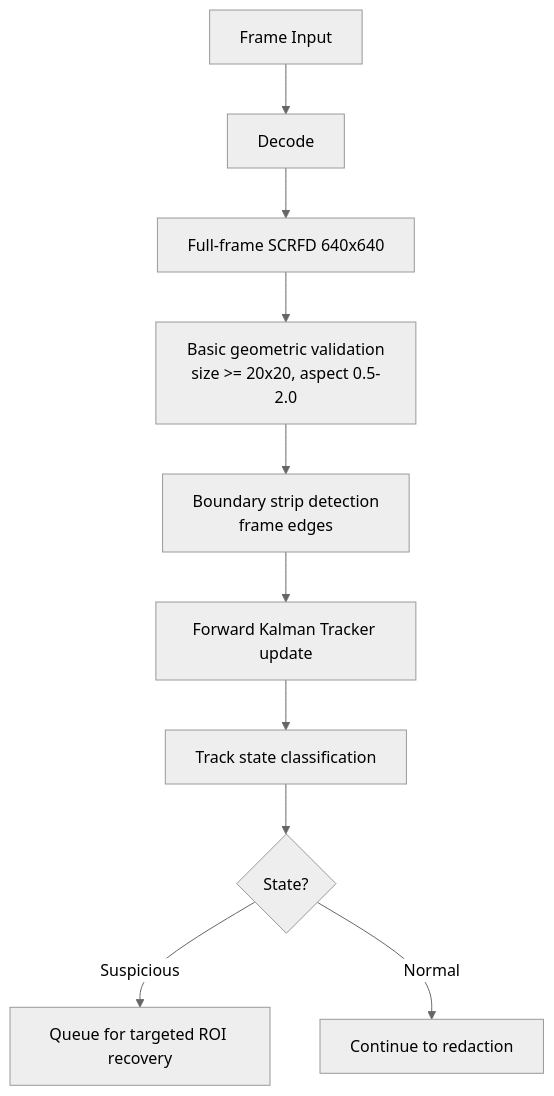
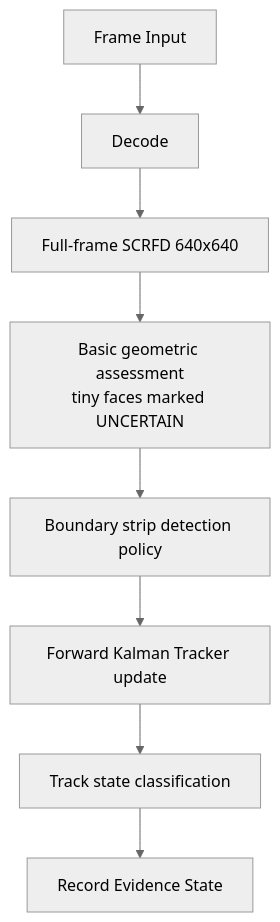
The second of 10 diagrams in docs/architecture-diagrams.md (aditya-21a/pixelVeil), drawn with Mermaid (neutral theme) before and after one commit. The commit also changed other lines of this file and 5 other files, not shown here.

First line of the commit message:
docs: revise architecture based on hostile review

````diff
--- a/docs/architecture-diagrams.md
+++ b/docs/architecture-diagrams.md
@@ -41,12 +43,10 @@
 ```mermaid
 graph TD
     A[Frame Input] --> B[Decode]
     B --> C[Full-frame SCRFD 640x640]
-    C --> D[Basic geometric validation<br>size >= 20x20, aspect 0.5-2.0]
-    D --> E[Boundary strip detection<br>frame edges]
+    C --> D[Basic geometric assessment<br>tiny faces marked UNCERTAIN]
+    D --> E[Boundary strip detection policy]
     E --> F[Forward Kalman Tracker update]
     F --> G[Track state classification]
-    G --> H{State?}
-    H -- Suspicious --> I[Queue for targeted ROI recovery]
-    H -- Normal --> J[Continue to redaction]
+    G --> H[Record Evidence State]
 ```
````
